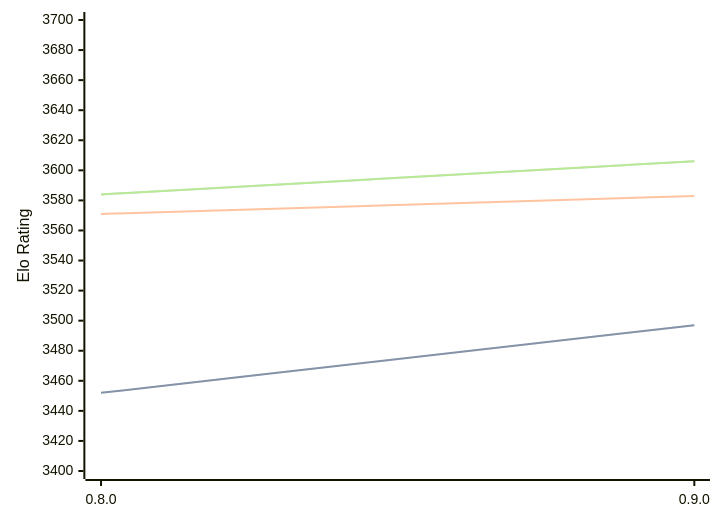
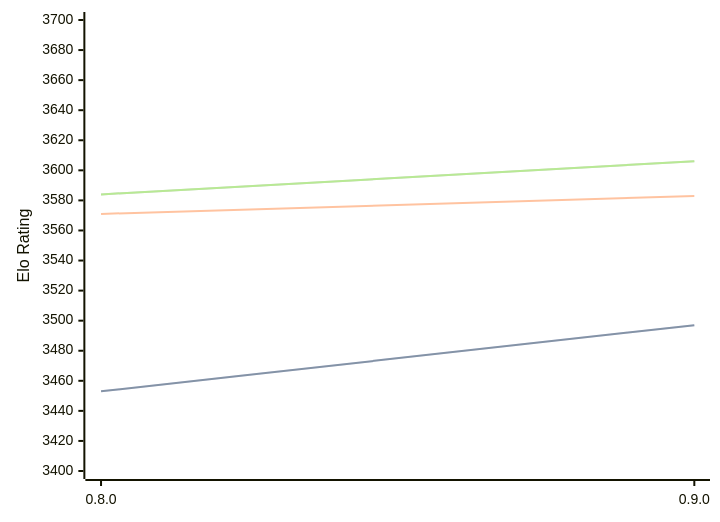
The diagram in engines/Reckless.md (computer-chess-index/cci), drawn with Mermaid before and after one commit. The commit also changed other lines of this file, not shown here.

````diff
--- a/engines/Reckless.md
+++ b/engines/Reckless.md
@@ -32,11 +32,11 @@
 ```mermaid
 %%{init: {"theme":"base","themeVariables":{"seriesColors:['#a3a3a3','#222221','#faa371']}}}%%
 xychart-beta
   x-axis ["0.8.0", "0.9.0"]
   y-axis "Elo Rating" 3400 --> 3700
-  line "" [3452, 3497]
-  line "STC (8.0+0.08s)" [3452, 3497]
+  line "" [3453, 3497]
+  line "STC (8.0+0.08s)" [3453, 3497]
   line "LTC (60.0+0.60s)" [3571, 3583]
   line "" [3584, 3606]
   line "VLTC (2m24s+1.12s)" [3584, 3606]
 ```
````
